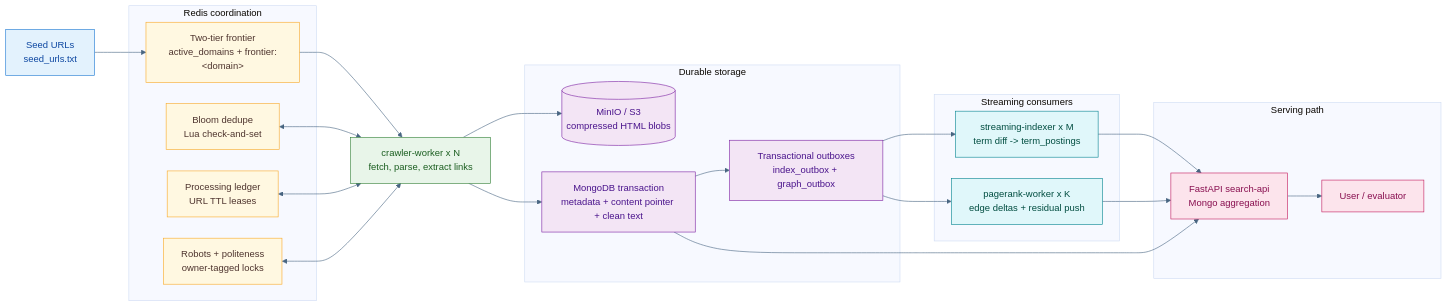
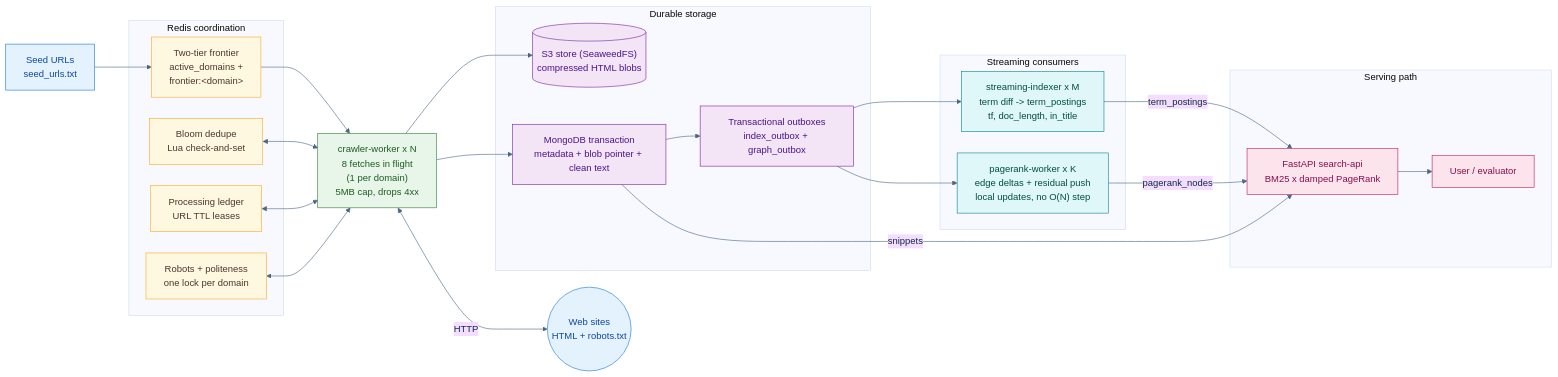
The diagram in report/mermaid/architecture.mmd (Parth-Babariya/Distributed-Web-Crawler), drawn with Mermaid before and after one commit. The commit also changed 5 other files, not shown here.

First line of the commit message:
Update architecture diagram and show it in the README

```diff
--- a/report/mermaid/architecture.mmd
+++ b/report/mermaid/architecture.mmd
@@ -1,52 +1,54 @@
 %%{init: {"theme":"base","themeVariables":{"fontFamily":"Arial","primaryTextColor":"#102a43","lineColor":"#486581"},"flowchart":{"nodeSpacing":36,"rankSpacing":58,"curve":"basis"}}}%%
 flowchart LR
     classDef input fill:#E3F2FD,stroke:#1976D2,color:#0D47A1
     classDef redis fill:#FFF8E1,stroke:#F9A825,color:#4E342E
     classDef worker fill:#E8F5E9,stroke:#2E7D32,color:#1B5E20
     classDef storage fill:#F3E5F5,stroke:#7B1FA2,color:#4A148C
     classDef stream fill:#E0F7FA,stroke:#00838F,color:#004D40
     classDef query fill:#FCE4EC,stroke:#C2185B,color:#880E4F
 
     Seed["Seed URLs<br/>seed_urls.txt"]:::input
+    Web(("Web sites<br/>HTML + robots.txt")):::input
 
     subgraph R["Redis coordination"]
-        Frontier["Two-tier frontier<br/>active_domains + frontier:&lt;domain&gt;"]:::redis
+        Frontier["Two-tier frontier<br/>active_domains +<br/>frontier:&lt;domain&gt;"]:::redis
         Bloom["Bloom dedupe<br/>Lua check-and-set"]:::redis
         Lease["Processing ledger<br/>URL TTL leases"]:::redis
-        Polite["Robots + politeness<br/>owner-tagged locks"]:::redis
+        Polite["Robots + politeness<br/>one lock per domain"]:::redis
     end
 
-    Workers["crawler-worker x N<br/>fetch, parse, extract links"]:::worker
+    Workers["crawler-worker x N<br/>8 fetches in flight<br/>(1 per domain)<br/>5MB cap, drops 4xx"]:::worker
 
     subgraph S["Durable storage"]
-        MinIO[("MinIO / S3<br/>compressed HTML blobs")]:::storage
-        Txn["MongoDB transaction<br/>metadata + content pointer + clean text"]:::storage
+        Blob[("S3 store (SeaweedFS)<br/>compressed HTML blobs")]:::storage
+        Txn["MongoDB transaction<br/>metadata + blob pointer + clean text"]:::storage
         Outbox["Transactional outboxes<br/>index_outbox + graph_outbox"]:::storage
     end
 
     subgraph C["Streaming consumers"]
-        Indexer["streaming-indexer x M<br/>term diff -> term_postings"]:::stream
-        PageRank["pagerank-worker x K<br/>edge deltas + residual push"]:::stream
+        Indexer["streaming-indexer x M<br/>term diff -> term_postings<br/>tf, doc_length, in_title"]:::stream
+        PageRank["pagerank-worker x K<br/>edge deltas + residual push<br/>local updates, no O(N) step"]:::stream
     end
 
     subgraph Q["Serving path"]
-        Search["FastAPI search-api<br/>Mongo aggregation"]:::query
+        Search["FastAPI search-api<br/>BM25 x damped PageRank"]:::query
         User["User / evaluator"]:::query
     end
 
     Seed --> Frontier
     Frontier --> Workers
     Bloom <--> Workers
     Lease <--> Workers
     Polite <--> Workers
+    Workers <-->|HTTP| Web
 
-    Workers --> MinIO
+    Workers --> Blob
     Workers --> Txn
     Txn --> Outbox
 
     Outbox --> Indexer
     Outbox --> PageRank
-    Indexer --> Search
-    PageRank --> Search
-    Txn --> Search
+    Indexer -->|term_postings| Search
+    PageRank -->|pagerank_nodes| Search
+    Txn -->|snippets| Search
     Search --> User
```
